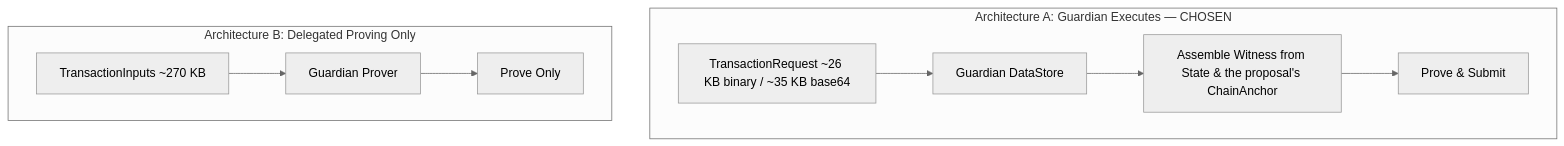
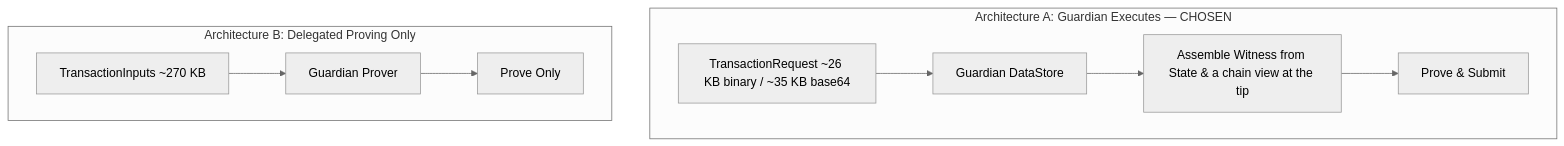
Before and after one commit to OpenZeppelin/guardian: the tenth of 11 diagrams in docs/rfcs/0001-server-side-transaction-execution.md, drawn with Mermaid (neutral theme). The commit also changed other lines of this file, not shown here.

````diff
--- a/docs/rfcs/0001-server-side-transaction-execution.md
+++ b/docs/rfcs/0001-server-side-transaction-execution.md
@@ -400,13 +402,13 @@
 ```mermaid
 flowchart TB
   subgraph ArchA [Architecture A: Guardian Executes — CHOSEN]
     ReqA[TransactionRequest ~26 KB binary / ~35 KB base64] --> StoreA[Guardian DataStore]
-    StoreA --> WitnessA[Assemble Witness from State & the proposal's ChainAnchor]
+    StoreA --> WitnessA[Assemble Witness from State & a chain view at the tip]
     WitnessA --> ProveA[Prove & Submit]
   end
 
   subgraph ArchB [Architecture B: Delegated Proving Only]
     InputsB[TransactionInputs ~270 KB] --> DirectB[Guardian Prover]
     DirectB --> ProveB[Prove Only]
   end
 ```
````
